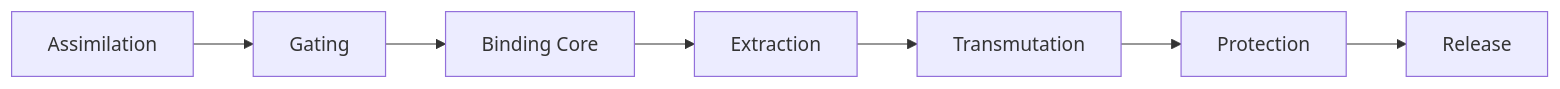
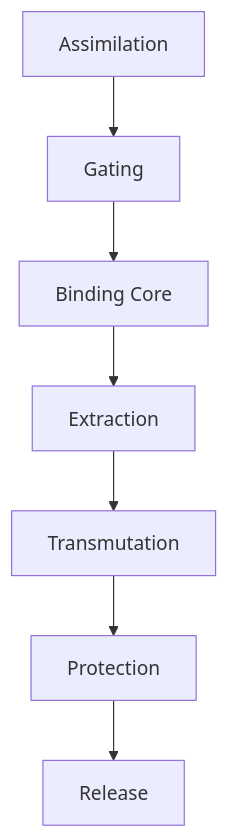
One commit to 4444J99/alchemical-synthesizer changed the diagram in README.md. Above: the diagram before and after it, drawn with Mermaid. The commit also changed other lines of this file and 179 other files, not shown here.

````diff
--- a/README.md
+++ b/README.md
@@ -31,9 +36,9 @@
 ```mermaid
-graph LR
+graph TD
     IA[Assimilation] --> EG[Gating]
     EG --> BC[Binding Core]
     BC --> AE[Extraction]
     AE --> TE[Transmutation]
     TE --> PR[Protection]
     PR --> RR[Release]
 ```
````
